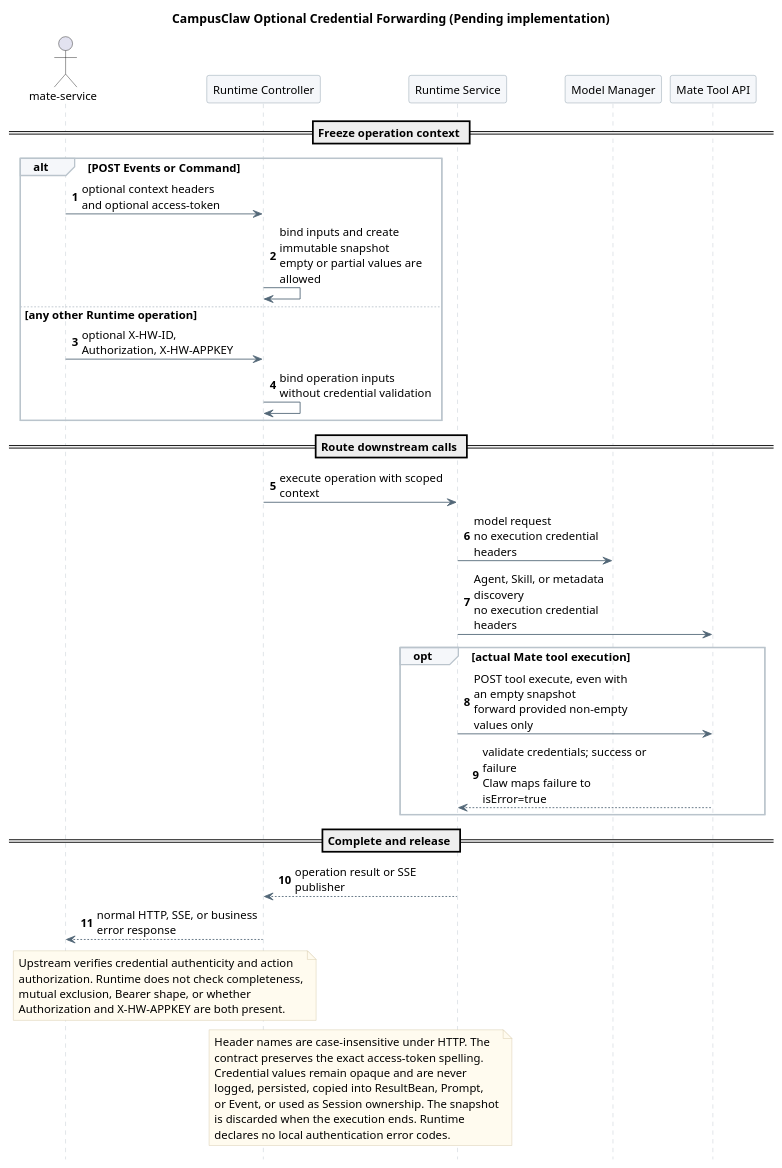
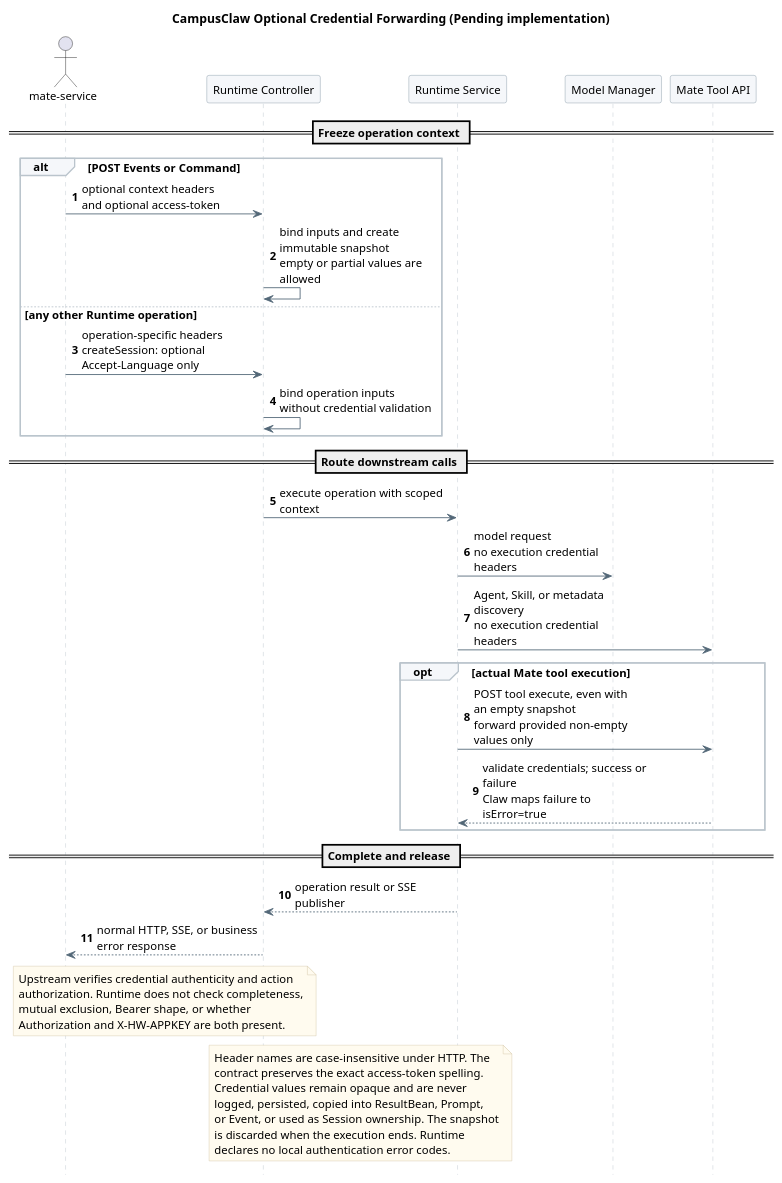
One commit to ssm0808/pi-mono-java-design changed the second of 2 diagrams in 01-总体架构/01-CampusClaw多Agent运行时/设计图/HTTP契约/diagram.puml. Above: the diagram before and after it, drawn with PlantUML. The commit also changed 11 other files, not shown here.

```diff
--- a/01-总体架构/01-CampusClaw多Agent运行时/设计图/HTTP契约/diagram.puml
+++ b/01-总体架构/01-CampusClaw多Agent运行时/设计图/HTTP契约/diagram.puml
@@ -64,76 +64,76 @@
 @startuml http_dual_authentication
 skinparam backgroundColor white
 skinparam defaultFontName SansSerif
 skinparam defaultFontSize 13
 skinparam shadowing false
 skinparam sequenceMessageAlign left
 skinparam maxMessageSize 190
 skinparam sequenceArrowColor #526777
 skinparam sequenceLifeLineBorderColor #BAC4CC
 skinparam sequenceParticipantBackgroundColor #F5F7FA
 skinparam sequenceParticipantBorderColor #8496A4
 skinparam sequenceGroupBackgroundColor #F5F7FA
 skinparam sequenceGroupBorderColor #BAC4CC
 skinparam noteBackgroundColor #FFFBEF
 skinparam noteBorderColor #D2C6A5
 hide footbox
 autonumber
 title CampusClaw Optional Credential Forwarding (Pending implementation)
 
 ' Source evidence (pi-mono-java 21c3f59be033e7bdd5506a2d9d48baa2581bc3c7):
 ' modules/coding-agent-cli/src/main/java/com/campusclaw/codingagent/runtimeapi/web/
 ' RuntimeEventController.java: submit; RuntimeRequestContext.java: mateCredentials.
 ' modules/coding-agent-cli/src/main/java/com/campusclaw/codingagent/common/client/
 ' HttpMateToolClient.java: invokeTool, queryToolIdsByAgentId, queryToolIdsBySkillId, queryToolMetaByIds.
 ' modules/coding-agent-cli/src/main/java/com/campusclaw/codingagent/common/dto/RequestHeaderInfo.java: toHeaders.
 ' Observed behavior: four headers are captured; RuntimeEventService.requireCredentials still rejects incomplete values.
 ' Pending implementation: remove local checks in the entry, CallMateTool.execute, and HttpMateToolClient.invokeTool.
 ' Product constraint: context headers are optional; POST Events and Command may include access-token.
 ' Security hardening: keep received values only in one execution snapshot and never persist or log them.
 ' Security boundary: discovery, model, and other calls are credential-free; only Mate execute forwards
 ' the received X-HW-ID, Authorization, X-HW-APPKEY, and access-token values without renaming.
 
 
 actor "mate-service" as Caller
 participant "Runtime Controller" as Controller
 participant "Runtime Service" as Service
 participant "Model Manager" as Model
 participant "Mate Tool API" as Mate
 
 == Freeze operation context ==
 alt POST Events or Command
   Caller -> Controller : optional context headers\nand optional access-token
   Controller -> Controller : bind inputs and create immutable snapshot\nempty or partial values are allowed
 else any other Runtime operation
-  Caller -> Controller : optional X-HW-ID, Authorization, X-HW-APPKEY
+  Caller -> Controller : operation-specific headers\ncreateSession: optional Accept-Language only
   Controller -> Controller : bind operation inputs\nwithout credential validation
 end
 == Route downstream calls ==
 Controller -> Service : execute operation with scoped context
 Service -> Model : model request\nno execution credential headers
 Service -> Mate : Agent, Skill, or metadata discovery\nno execution credential headers
 opt actual Mate tool execution
   Service -> Mate : POST tool execute, even with an empty snapshot\nforward provided non-empty values only
   Mate --> Service : validate credentials; success or failure\nClaw maps failure to isError=true
 end
 == Complete and release ==
 Service --> Controller : operation result or SSE publisher
 Controller --> Caller : normal HTTP, SSE, or business error response
 
 note over Caller,Controller
   Upstream verifies credential authenticity and action
   authorization. Runtime does not check completeness,
   mutual exclusion, Bearer shape, or whether
   Authorization and X-HW-APPKEY are both present.
 end note
 
 note over Controller,Service
   Header names are case-insensitive under HTTP. The
   contract preserves the exact access-token spelling.
   Credential values remain opaque and are never
   logged, persisted, copied into ResultBean, Prompt,
   or Event, or used as Session ownership. The snapshot
   is discarded when the execution ends. Runtime
   declares no local authentication error codes.
 end note
 @enduml
```
